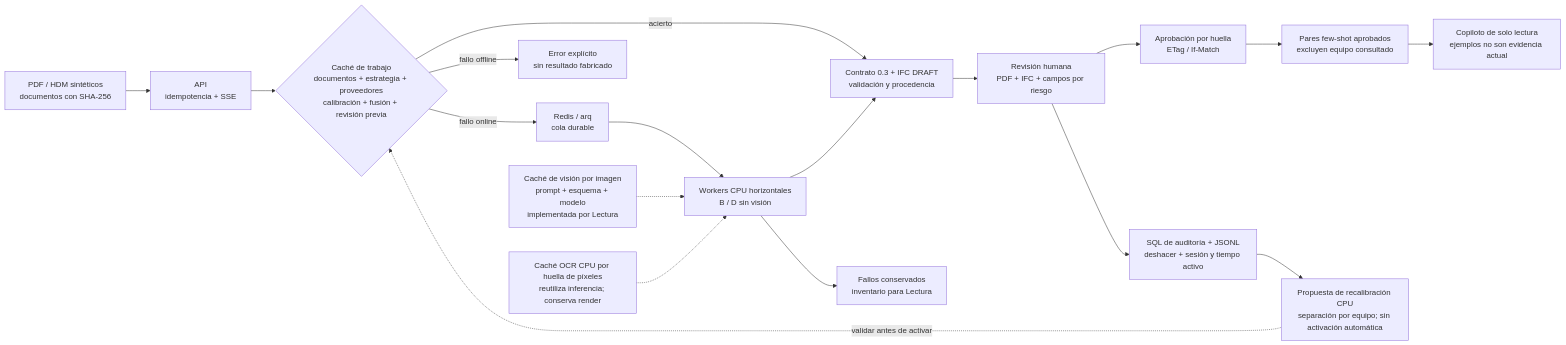
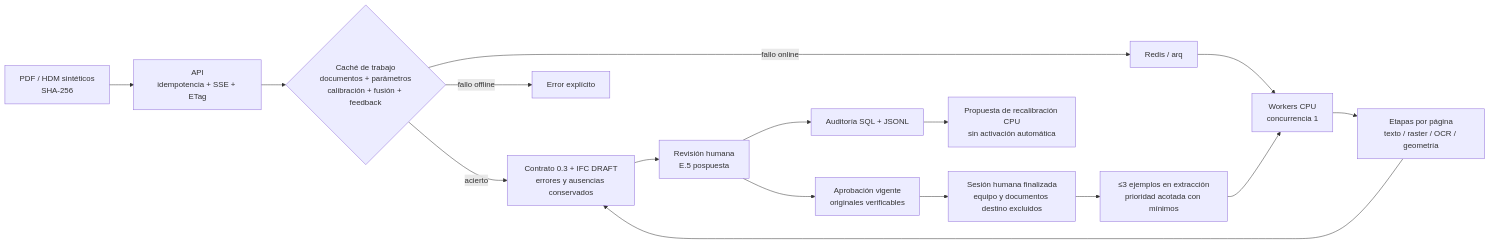
The diagram in docs/PITCH_ESCALA.md (javiersaguar/TrazIA-3D), drawn with Mermaid before and after one commit. The commit also changed other lines of this file and 18 other files, not shown here.

Commit message:
docs: medir escala CPU y actualizar avances y límites del roadmap

````diff
--- a/docs/PITCH_ESCALA.md
+++ b/docs/PITCH_ESCALA.md
@@ -20,20 +13,18 @@
 ```mermaid
 flowchart LR
-    D["PDF / HDM sintéticos<br/>documentos con SHA-256"] --> A["API<br/>idempotencia + SSE"]
-    A --> C{"Caché de trabajo<br/>documentos + estrategia + proveedores<br/>calibración + fusión + revisión previa"}
-    C -->|acierto| M["Contrato 0.3 + IFC DRAFT<br/>validación y procedencia"]
-    C -->|fallo online| Q["Redis / arq<br/>cola durable"]
-    C -->|fallo offline| E["Error explícito<br/>sin resultado fabricado"]
-    Q --> W["Workers CPU horizontales<br/>B / D sin visión"]
-    W --> M
-    W --> F["Fallos conservados<br/>inventario para Lectura"]
-    M --> R["Revisión humana<br/>PDF + IFC + campos por riesgo"]
-    R --> P["Aprobación por huella<br/>ETag / If-Match"]
-    R --> L["SQL de auditoría + JSONL<br/>deshacer + sesión y tiempo activo"]
-    P --> X["Pares few-shot aprobados<br/>excluyen equipo consultado"]
-    L --> K["Propuesta de recalibración CPU<br/>separación por equipo; sin activación automática"]
-    X --> O["Copiloto de solo lectura<br/>ejemplos no son evidencia actual"]
-    K -.->|validar antes de activar| C
-    V["Caché de visión por imagen<br/>prompt + esquema + modelo<br/>implementada por Lectura"] -.-> W
-    PC["Caché OCR CPU por huella de píxeles<br/>reutiliza inferencia; conserva render"] -.-> W
+    D["PDF / HDM sintéticos<br/>SHA-256"] --> A["API<br/>idempotencia + SSE + ETag"]
+    A --> C{"Caché de trabajo<br/>documentos + parámetros<br/>calibración + fusión + feedback"}
+    C -->|acierto| M["Contrato 0.3 + IFC DRAFT<br/>errores y ausencias conservados"]
+    C -->|fallo online| Q["Redis / arq"]
+    C -->|fallo offline| E["Error explícito"]
+    Q --> W["Workers CPU<br/>concurrencia 1"]
+    W --> PC["Etapas por página<br/>texto / raster / OCR / geometría"]
+    PC --> M
+    M --> R["Revisión humana<br/>E.5 pospuesta"]
+    R --> P["Aprobación vigente<br/>originales verificables"]
+    R --> L["Auditoría SQL + JSONL"]
+    P --> X["Sesión humana finalizada<br/>equipo y documentos destino excluidos"]
+    X --> O["≤3 ejemplos en extracción<br/>prioridad acotada con mínimos"]
+    O --> W
+    L --> K["Propuesta de recalibración CPU<br/>sin activación automática"]
 ```
````
